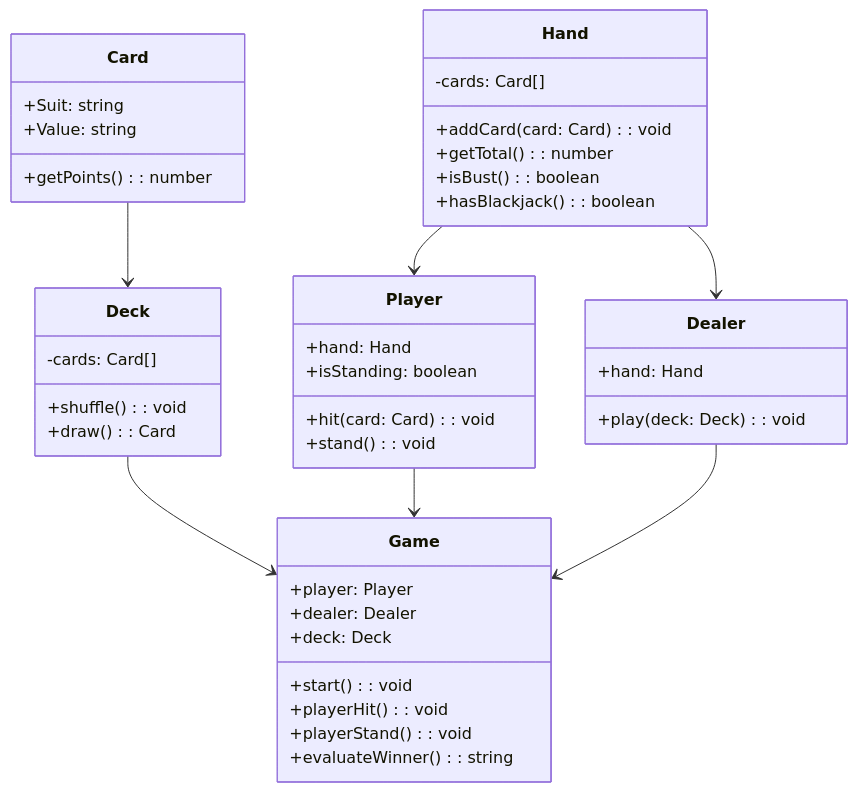
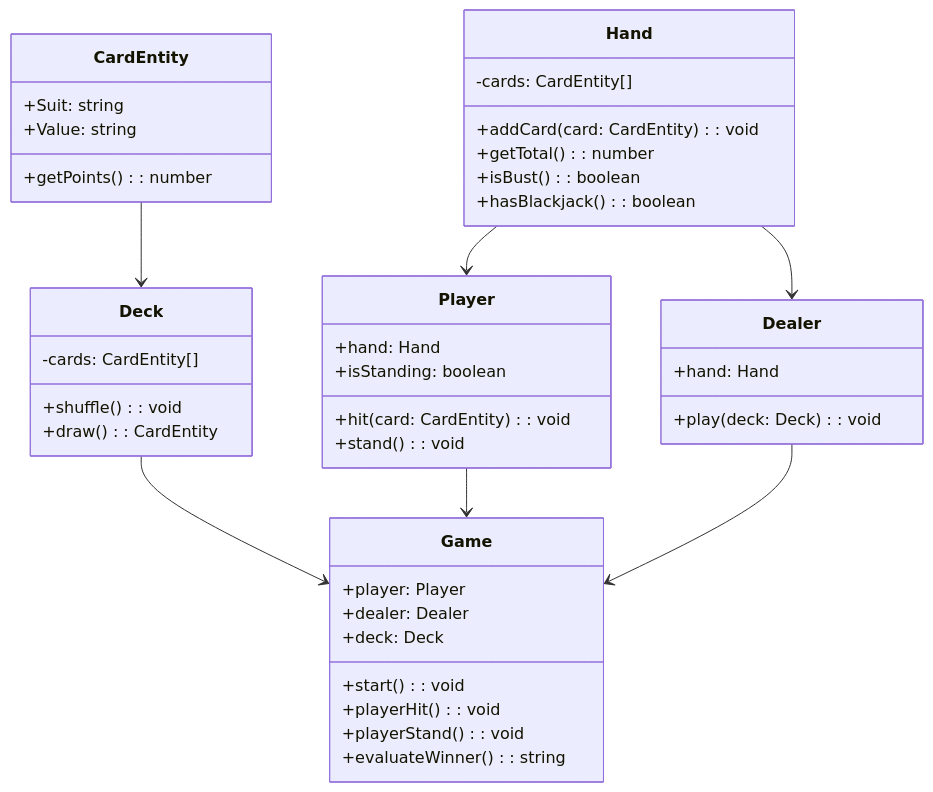
Before and after one commit to HigorAlves/blackjack: the first of 2 diagrams in docs/blackjack-domain-doc.md, drawn with Mermaid. The commit also changed other lines of this file and 8 other files, not shown here.

First line of the commit message:
Refactor and restructure card, deck, and hand entities

````diff
--- a/docs/blackjack-domain-doc.md
+++ b/docs/blackjack-domain-doc.md
@@ -26,51 +26,51 @@
 ```mermaid
 classDiagram
-    class Card {
+    class CardEntity {
         +Suit: string
         +Value: string
         +getPoints(): number
     }
 
     class Deck {
-        -cards: Card[]
+        -cards: CardEntity[]
         +shuffle(): void
-        +draw(): Card
+        +draw(): CardEntity
     }
 
     class Hand {
-        -cards: Card[]
-        +addCard(card: Card): void
+        -cards: CardEntity[]
+        +addCard(card: CardEntity): void
         +getTotal(): number
         +isBust(): boolean
         +hasBlackjack(): boolean
     }
 
     class Player {
         +hand: Hand
         +isStanding: boolean
-        +hit(card: Card): void
+        +hit(card: CardEntity): void
         +stand(): void
     }
 
     class Dealer {
         +hand: Hand
         +play(deck: Deck): void
     }
 
     class Game {
         +player: Player
         +dealer: Dealer
         +deck: Deck
         +start(): void
         +playerHit(): void
         +playerStand(): void
         +evaluateWinner(): string
     }
 
-    Card --> Deck
+    CardEntity --> Deck
     Deck --> Game
     Hand --> Player
     Hand --> Dealer
     Player --> Game
     Dealer --> Game
 ```
````
